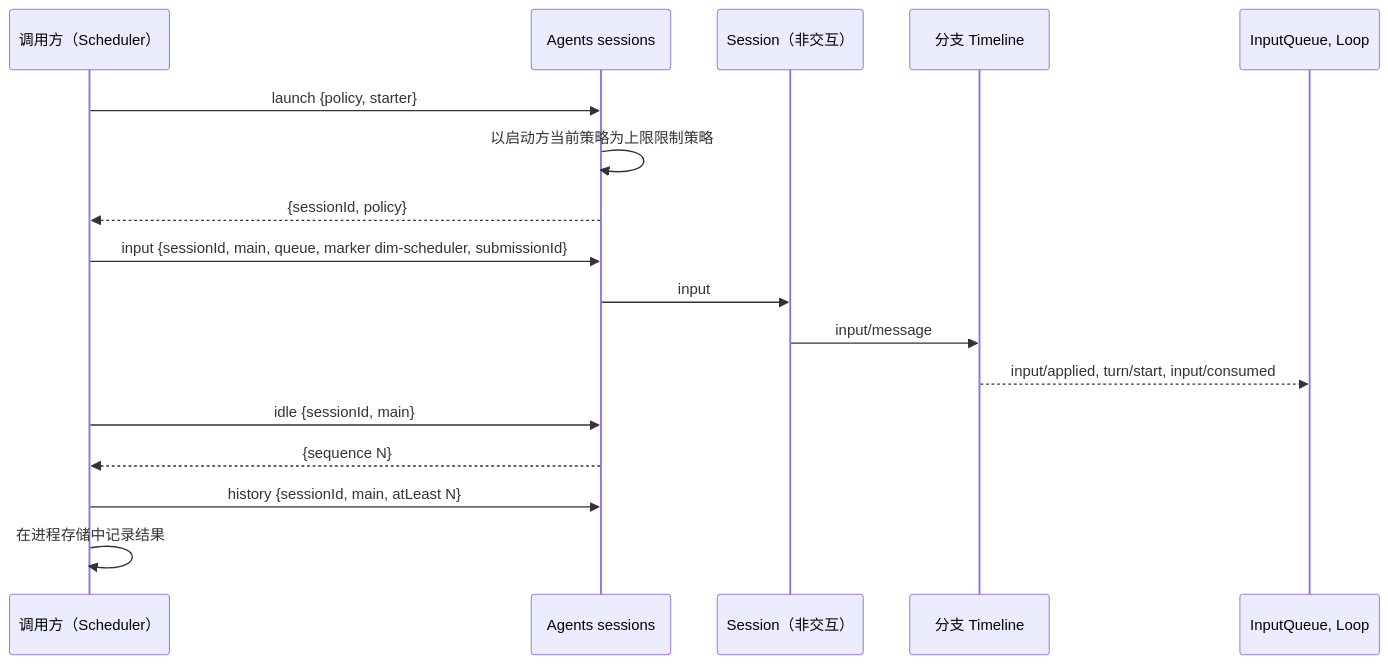
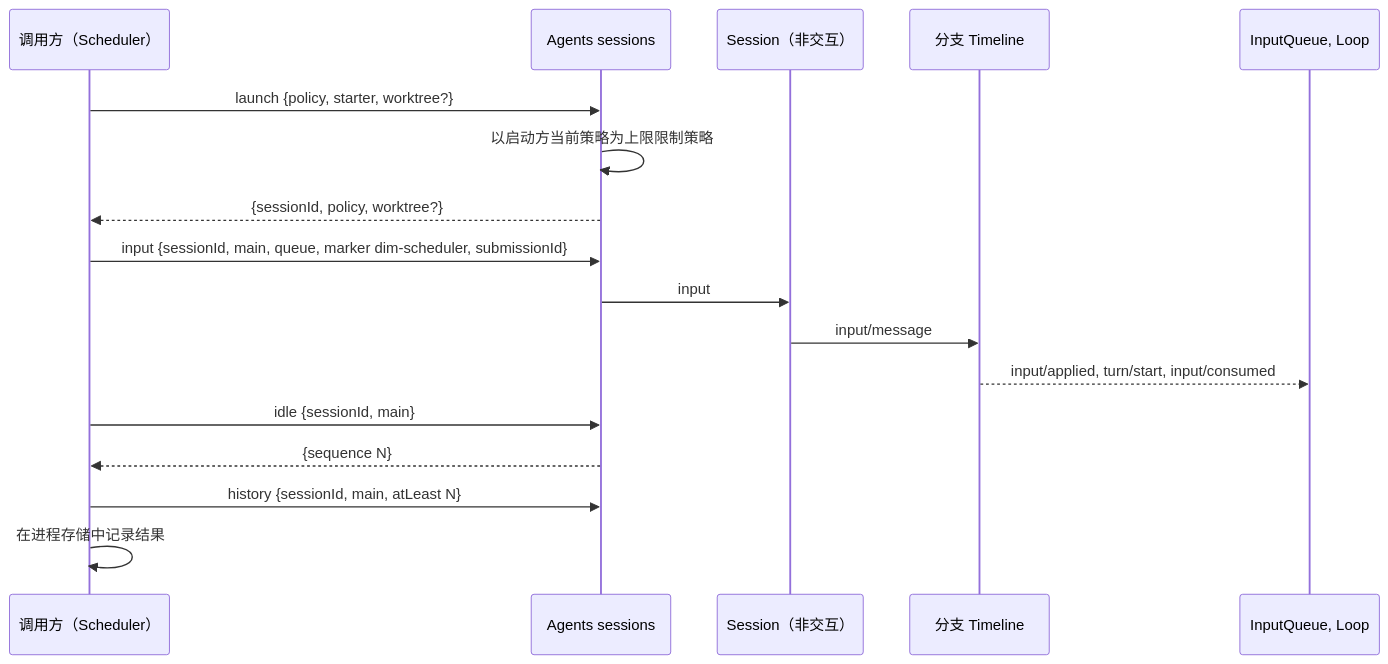
The second of 3 diagrams in docs/zh/design/contracts/session-access.md (CoutinhoTTS/dim-agent), drawn with Mermaid before and after one commit. The commit also changed other lines of this file and 5 other files, not shown here.

First line of the commit message:
fix(sessions): address managed worktree launch review

````diff
--- a/docs/zh/design/contracts/session-access.md
+++ b/docs/zh/design/contracts/session-access.md
@@ -75,19 +75,19 @@
 ```mermaid
 sequenceDiagram
   participant C as 调用方（Scheduler）
   participant AI as Agents sessions
   participant S as Session（非交互）
   participant TL as 分支 Timeline
   participant L as InputQueue, Loop
-  C->>AI: launch {policy, starter}
+  C->>AI: launch {policy, starter, worktree?}
   AI->>AI: 以启动方当前策略为上限限制策略
-  AI-->>C: {sessionId, policy}
+  AI-->>C: {sessionId, policy, worktree?}
   C->>AI: input {sessionId, main, queue, marker dim-scheduler, submissionId}
   AI->>S: input
   S->>TL: input/message
   TL-->>L: input/applied, turn/start, input/consumed
   C->>AI: idle {sessionId, main}
   AI-->>C: {sequence N}
   C->>AI: history {sessionId, main, atLeast N}
   C->>C: 在进程存储中记录结果
 ```
````
